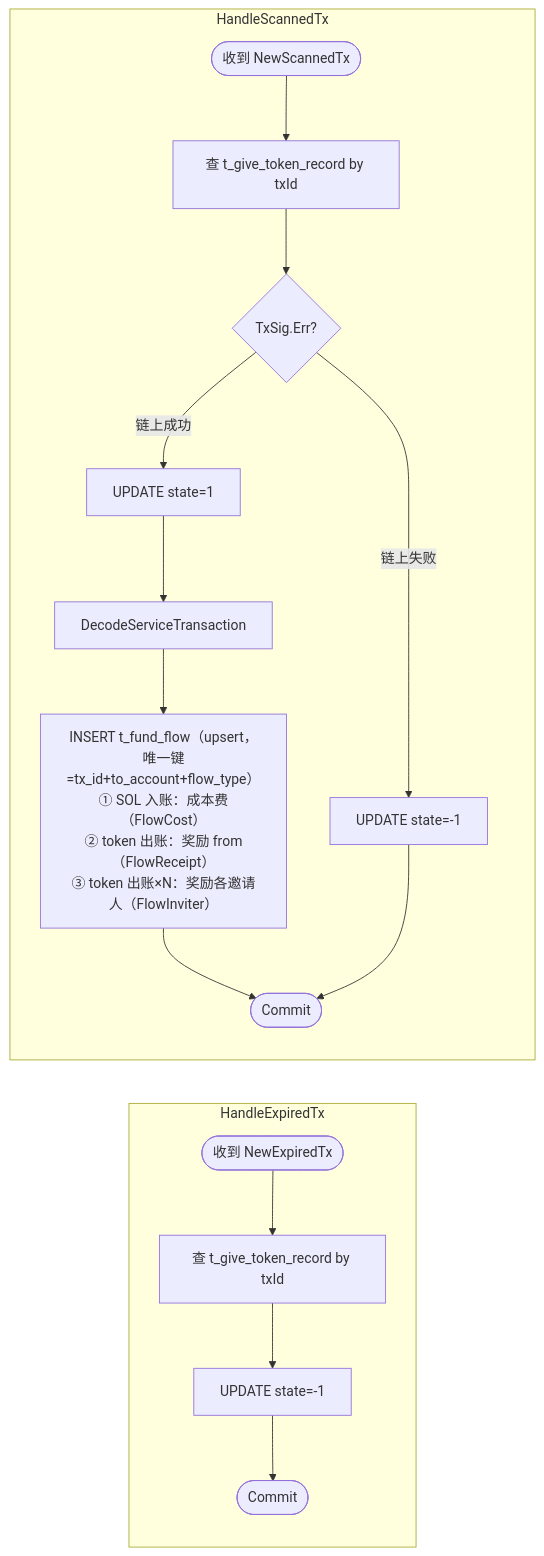
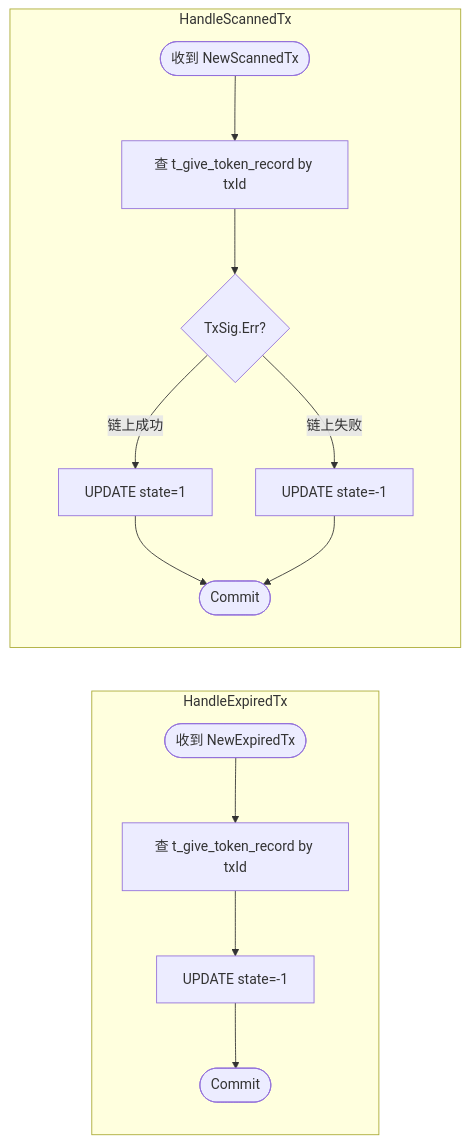
One commit to BillInUK/oshit-go changed the seventh of 7 diagrams in docs/v1/reward_give_token.md. Above: the diagram before and after it, drawn with Mermaid. The commit also changed other lines of this file and 20 other files, not shown here.

````diff
--- a/docs/v1/reward_give_token.md
+++ b/docs/v1/reward_give_token.md
@@ -259,23 +258,21 @@
 ```mermaid
 flowchart TD
     subgraph S["HandleScannedTx"]
         direction TD
         A([收到 NewScannedTx]) --> B[查 t_give_token_record by txId]
         B --> C{TxSig.Err?}
         C -- 链上失败 --> D[UPDATE state=-1]
         C -- 链上成功 --> E[UPDATE state=1]
-        E --> F[DecodeServiceTransaction]
-        F --> G["INSERT t_fund_flow（upsert，唯一键=tx_id+to_account+flow_type）\n① SOL 入账：成本费（FlowCost）\n② token 出账：奖励 from（FlowReceipt）\n③ token 出账×N：奖励各邀请人（FlowInviter）"]
-        G --> H([Commit])
+        E --> H([Commit])
         D --> H
     end
 
     subgraph E2["HandleExpiredTx"]
         direction TD
         A2([收到 NewExpiredTx]) --> B2[查 t_give_token_record by txId]
         B2 --> C2[UPDATE state=-1]
         C2 --> D2([Commit])
     end
 
     S ~~~ E2
 ```
````
